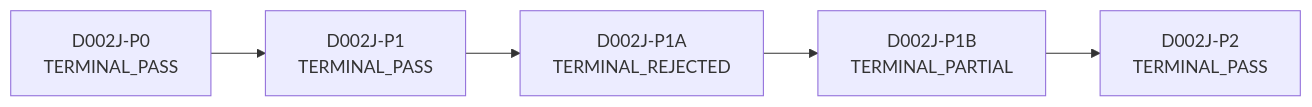
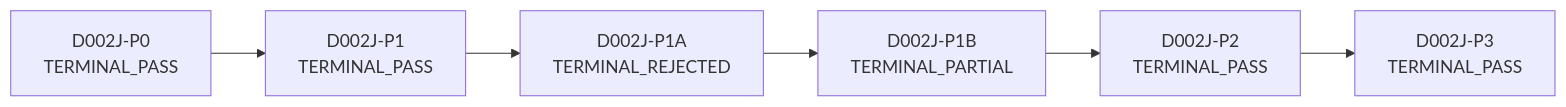
One commit to neuron7xLab/GeoSync changed the diagram in docs/research/D002J_LINEAGE_MAP.md. Above: the diagram before and after it, drawn with Mermaid. The commit also changed other lines of this file and 13 other files, not shown here.

````diff
--- a/docs/research/D002J_LINEAGE_MAP.md
+++ b/docs/research/D002J_LINEAGE_MAP.md
@@ -13,12 +13,14 @@
 ```mermaid
 graph LR
     D002J-P0[D002J-P0<br/>TERMINAL_PASS]
     D002J-P1[D002J-P1<br/>TERMINAL_PASS]
     D002J-P1A[D002J-P1A<br/>TERMINAL_REJECTED]
     D002J-P1B[D002J-P1B<br/>TERMINAL_PARTIAL]
     D002J-P2[D002J-P2<br/>TERMINAL_PASS]
+    D002J-P3[D002J-P3<br/>TERMINAL_PASS]
     D002J-P0 --> D002J-P1
     D002J-P1 --> D002J-P1A
     D002J-P1A --> D002J-P1B
     D002J-P1B --> D002J-P2
+    D002J-P2 --> D002J-P3
 ```
````
